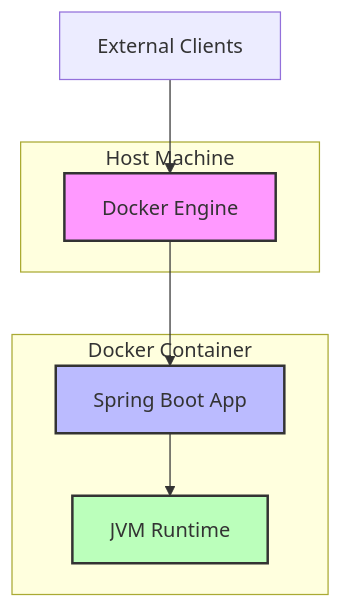
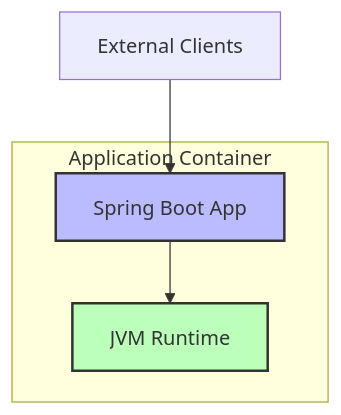
One commit to sunli0127/banktrade1 changed the third of 3 diagrams in README.md. Above: the diagram before and after it, drawn with Mermaid.

Commit message:
调整Deployment Architecture图

````diff
--- a/README.md
+++ b/README.md
@@ -53,19 +53,13 @@
 ```mermaid
 graph TB
-    subgraph "Docker Container"
+    subgraph "Application Container"
         App[Spring Boot App]
         JVM[JVM Runtime]
     end
     
-    subgraph "Host Machine"
-        Docker[Docker Engine]
-    end
-    
-    Client[External Clients] --> Docker
-    Docker --> App
+    Client[External Clients] --> App
     App --> JVM
     
-    style Docker fill:#f9f,stroke:#333,stroke-width:2px
     style App fill:#bbf,stroke:#333,stroke-width:2px
     style JVM fill:#bfb,stroke:#333,stroke-width:2px
 ```
````
